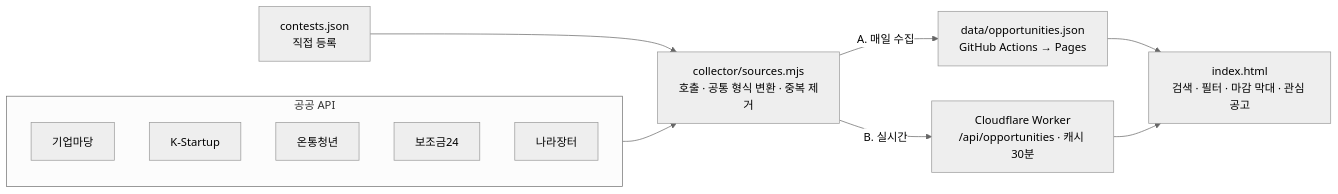
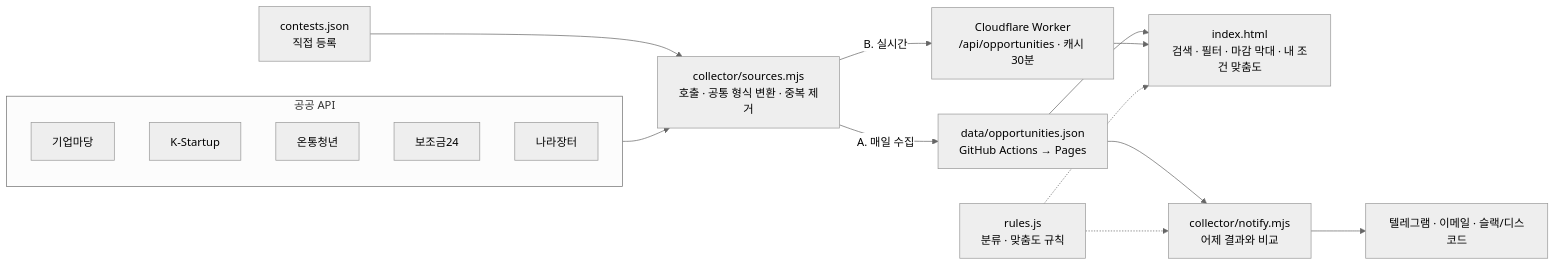
One commit to woo2me01-ai/opportunity-radar changed the diagram in README.md. Above: the diagram before and after it, drawn with Mermaid (neutral theme). The commit also changed other lines of this file and 10 other files, not shown here.

````diff
--- a/README.md
+++ b/README.md
@@ -62,18 +65,22 @@
 ```mermaid
 flowchart LR
   subgraph APIs[공공 API]
     B[기업마당]
     K[K-Startup]
     Y[온통청년]
     G[보조금24]
     N[나라장터]
   end
   C[contests.json<br/>직접 등록]
   S[collector/sources.mjs<br/>호출 · 공통 형식 변환 · 중복 제거]
   APIs --> S
   C --> S
   S -->|A. 매일 수집| F[data/opportunities.json<br/>GitHub Actions → Pages]
   S -->|B. 실시간| W[Cloudflare Worker<br/>/api/opportunities · 캐시 30분]
-  F --> UI[index.html<br/>검색 · 필터 · 마감 막대 · 관심 공고]
+  F --> UI[index.html<br/>검색 · 필터 · 마감 막대 · 내 조건 맞춤도]
   W --> UI
+  F --> AL[collector/notify.mjs<br/>어제 결과와 비교]
+  AL --> CH[텔레그램 · 이메일 · 슬랙/디스코드]
+  RU[rules.js<br/>분류 · 맞춤도 규칙] -.-> UI
+  RU -.-> AL
 ```
````
